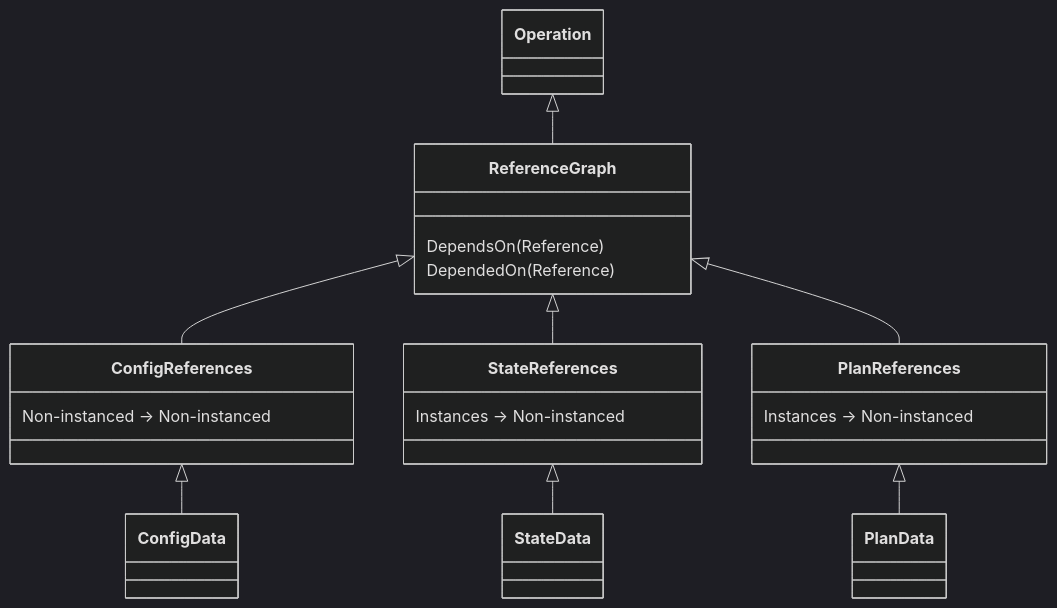
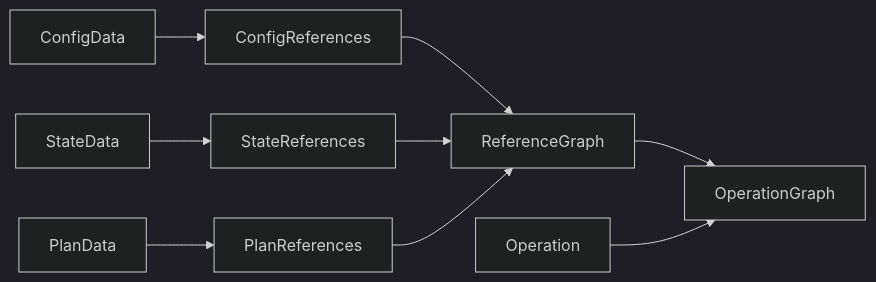
One commit to opentofu/opentofu changed the first of 2 diagrams in rfc/20250728-execution-architecture.md. Above: the diagram before and after it, drawn with Mermaid (dark theme). The commit also changed other lines of this file, not shown here.

Commit message:
Improve execution graph diagrams

````diff
--- a/rfc/20250728-execution-architecture.md
+++ b/rfc/20250728-execution-architecture.md
@@ -120,18 +120,13 @@
 ```mermaid
-classDiagram
-        Operation <|-- ReferenceGraph
-        ReferenceGraph <|-- ConfigReferences
-        ReferenceGraph <|-- StateReferences
-        ReferenceGraph <|-- PlanReferences
-        ReferenceGraph: DependsOn(Reference)
-        ReferenceGraph: DependedOn(Reference)
+flowchart LR
+    ConfigData --> ConfigReferences
+    StateData --> StateReferences
+    PlanData --> PlanReferences
 
-        ConfigReferences <|-- ConfigData
-        ConfigReferences: Non-instanced -> Non-instanced
+    ConfigReferences --> ReferenceGraph
+    StateReferences --> ReferenceGraph
+    PlanReferences --> ReferenceGraph
 
-        StateReferences <|-- StateData
-        StateReferences: Instances -> Non-instanced
-
-        PlanReferences <|-- PlanData
-        PlanReferences: Instances -> Non-instanced
+    ReferenceGraph --> OperationGraph
+    Operation --> OperationGraph
 ```
````
